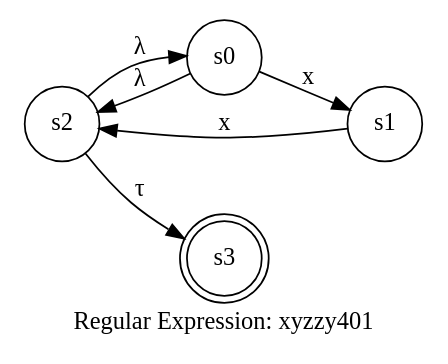
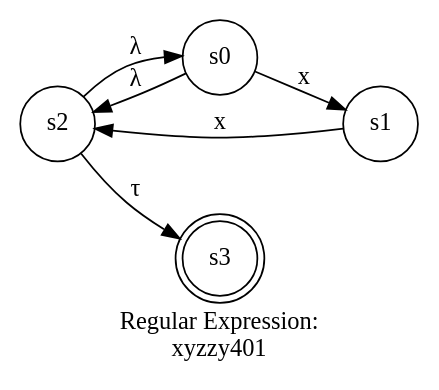
The diagram in ref/nfa_0002.gv (pschlump/lexie), drawn with Graphviz before and after one commit. The commit also changed 93 other files, not shown here.

```diff
--- a/ref/nfa_0002.gv
+++ b/ref/nfa_0002.gv
@@ -1,12 +1,12 @@
 digraph finite_state_machine {
-	label="Regular Expression: xyzzy401";
+	label="Regular Expression: \nxyzzy401";
 	rankdir=LR;
 	size="8,5"
 	node [shape = doublecircle]; s3;
 	node [shape = circle];
 	s0 -> s1 [ label = "x" ];
 	s0 -> s2 [ label = "λ" ];
 	s1 -> s2 [ label = "x" ];
 	s2 -> s0 [ label = "λ" ];
 	s2 -> s3 [ label = "τ" ];
 }
```
